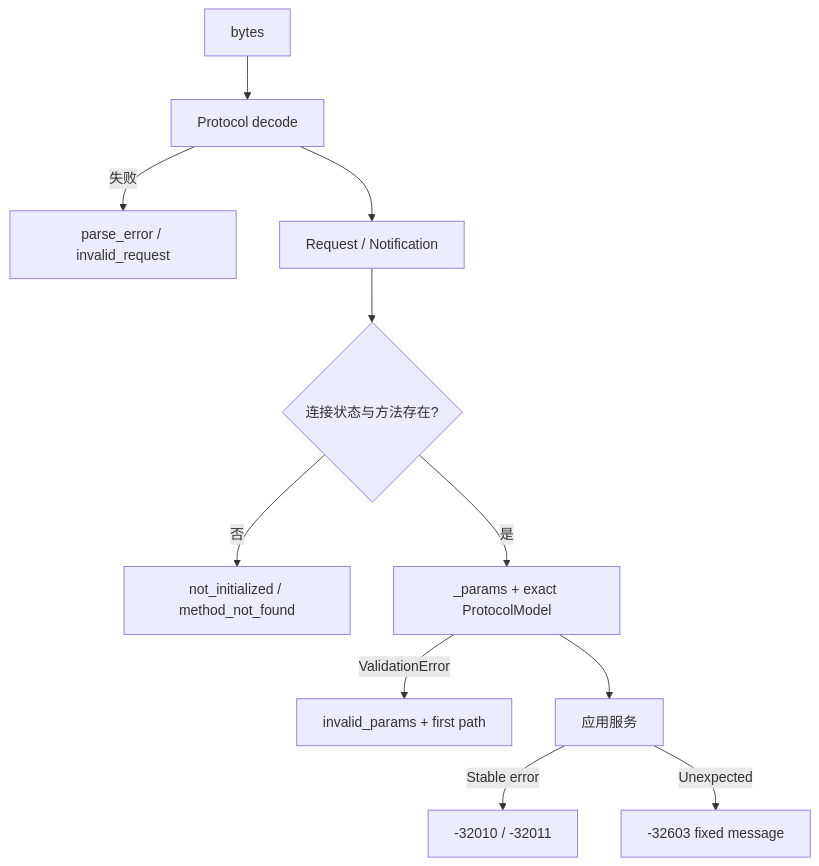
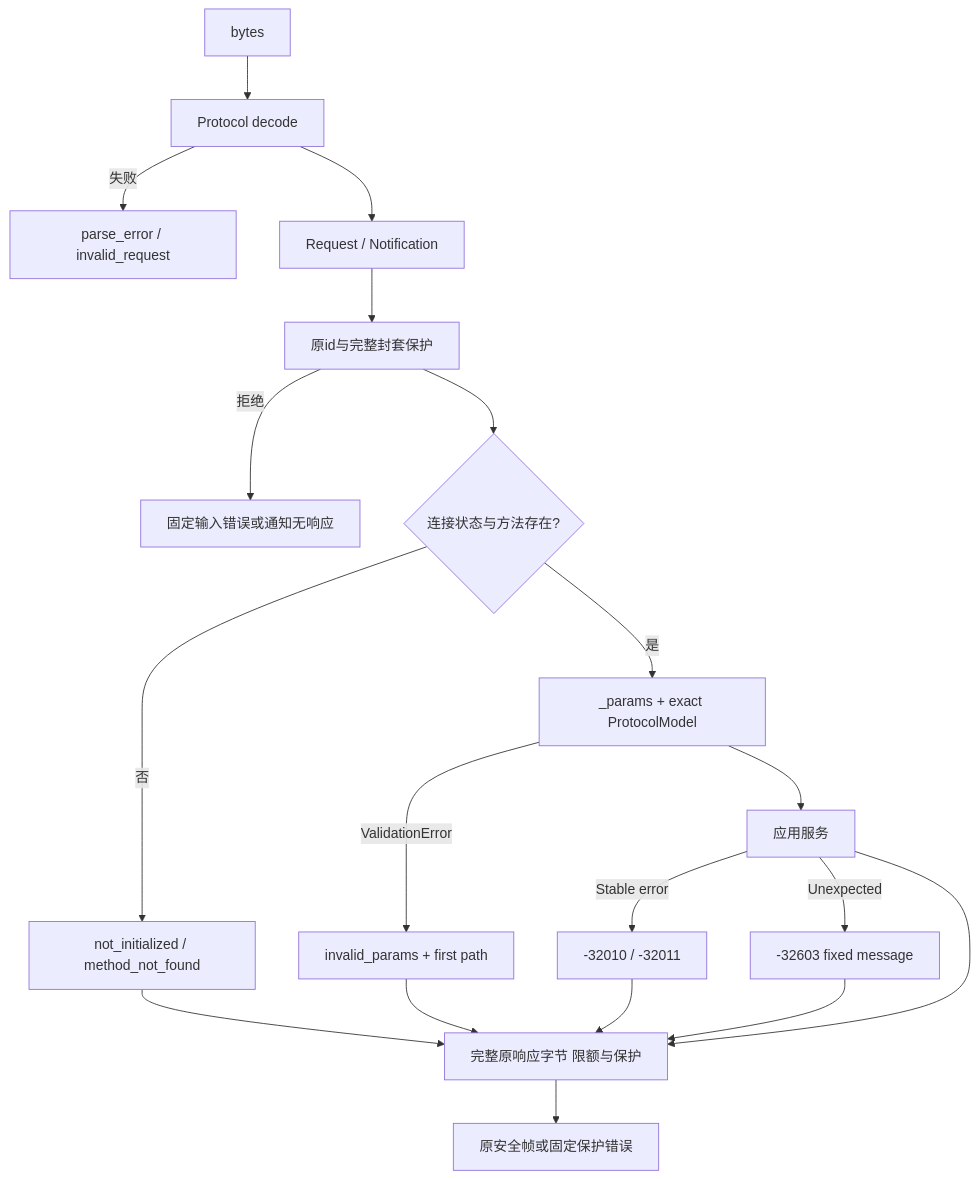
Before and after one commit to carrie1988/Harnessix: the fourth of 14 diagrams in docs/modules/app-server.md, drawn with Mermaid. The commit also changed other lines of this file and 25 other files, not shown here.

````diff
--- a/docs/modules/app-server.md
+++ b/docs/modules/app-server.md
@@ -296,13 +300,21 @@
 ```mermaid
 flowchart TD
     Frame["bytes"] --> Codec["Protocol decode"]
     Codec -- 失败 --> ParseError["parse_error / invalid_request"]
     Codec --> Envelope["Request / Notification"]
-    Envelope --> State{"连接状态与方法存在?"}
+    Envelope --> Admission["原id与完整封套保护"]
+    Admission -- 拒绝 --> InputError["固定输入错误或通知无响应"]
+    Admission --> State{"连接状态与方法存在?"}
     State -- 否 --> StateError["not_initialized / method_not_found"]
     State -- 是 --> Params["_params + exact ProtocolModel"]
     Params -- ValidationError --> Invalid["invalid_params + first path"]
     Params --> Service["应用服务"]
     Service -- Stable error --> DomainError["-32010 / -32011"]
     Service -- Unexpected --> Internal["-32603 fixed message"]
+    Service --> Output["完整原响应字节 限额与保护"]
+    Invalid --> Output
+    Internal --> Output
+    DomainError --> Output
+    StateError --> Output
+    Output --> Wire["原安全帧或固定保护错误"]
 ```
````
